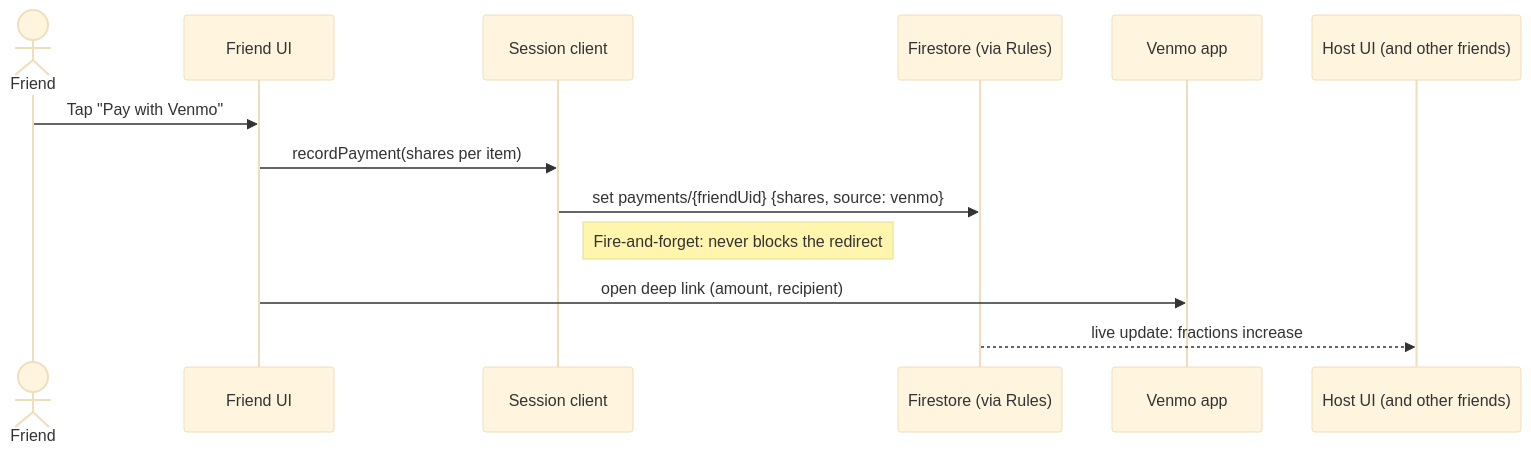
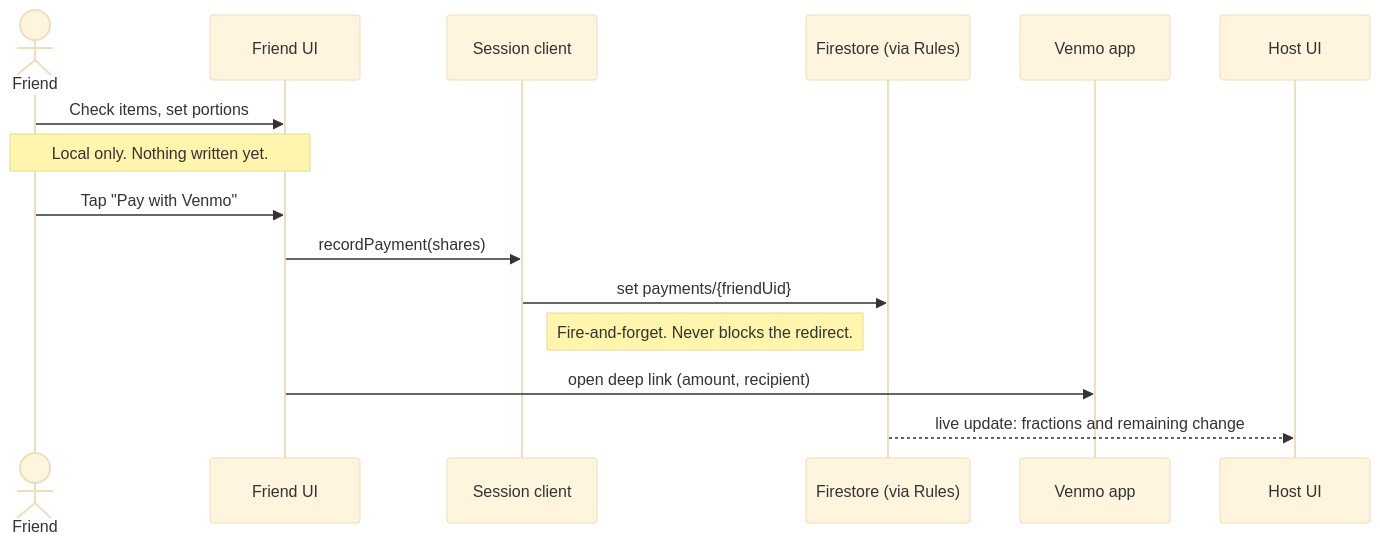
Before and after one commit to quasarbright/dinner-debt: the fifth of 8 diagrams in planning/live-bill-status.plan.md, drawn with Mermaid (base theme). The commit also changed other lines of this file, not shown here.

First line of the commit message:
Revise live bill status plan: local selection vs payment, host-own items, content-based keys, server-side timestamps

````diff
--- a/planning/live-bill-status.plan.md
+++ b/planning/live-bill-status.plan.md
@@ -156,16 +203,18 @@
 ```mermaid
 sequenceDiagram
   actor Friend
   participant FriendUI as Friend UI
   participant Client as Session client
   participant FS as Firestore (via Rules)
   participant Venmo as Venmo app
-  participant HostUI as Host UI (and other friends)
+  participant HostUI as Host UI
 
+  Friend->>FriendUI: Check items, set portions
+  Note over Friend,FriendUI: Local only. Nothing written yet.
   Friend->>FriendUI: Tap "Pay with Venmo"
-  FriendUI->>Client: recordPayment(shares per item)
-  Client->>FS: set payments/{friendUid} {shares, source: venmo}
-  Note right of Client: Fire-and-forget: never blocks the redirect
+  FriendUI->>Client: recordPayment(shares)
+  Client->>FS: set payments/{friendUid}
+  Note right of Client: Fire-and-forget. Never blocks the redirect.
   FriendUI->>Venmo: open deep link (amount, recipient)
-  FS-->>HostUI: live update: fractions increase
+  FS-->>HostUI: live update: fractions and remaining change
 ```
````
